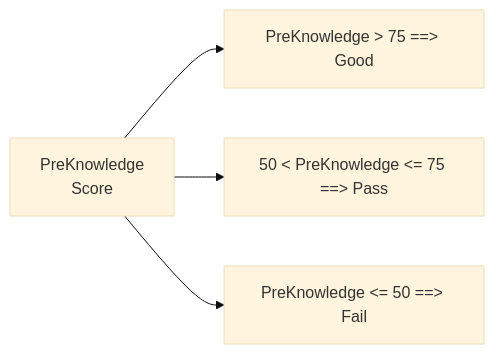
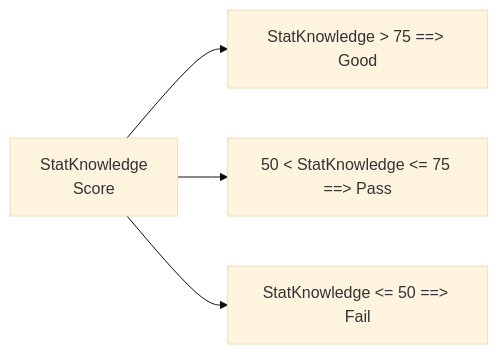
One commit to datakruroo/datakruroo.github.io changed the third of 6 diagrams in exploratoty_data_viz/exploratoty_data_vizqmd.qmd. Above: the diagram before and after it, drawn with Mermaid (base theme). The commit also changed other lines of this file and 190 other files, not shown here.

````diff
--- a/exploratoty_data_viz/exploratoty_data_vizqmd.qmd
+++ b/exploratoty_data_viz/exploratoty_data_vizqmd.qmd
@@ -493,9 +498,9 @@
 ```{mermaid}
 %%| echo: false
 
 flowchart LR
 
-A["PreKnowledge \n Score"] --> B["PreKnowledge > 75 ==> Good"]
-A --> C["50 < PreKnowledge <= 75 ==> Pass"]
-A --> D["PreKnowledge <= 50 ==> Fail"]
+A["StatKnowledge \n Score"] --> B["StatKnowledge > 75 ==> Good"]
+A --> C["50 < StatKnowledge <= 75 ==> Pass"]
+A --> D["StatKnowledge <= 50 ==> Fail"]
 ```
````
